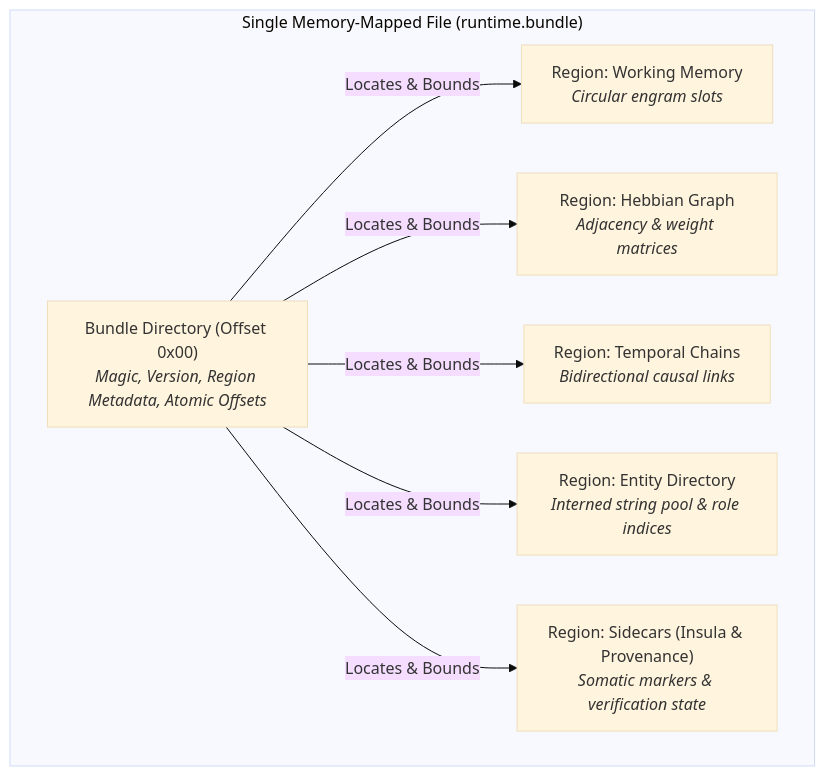
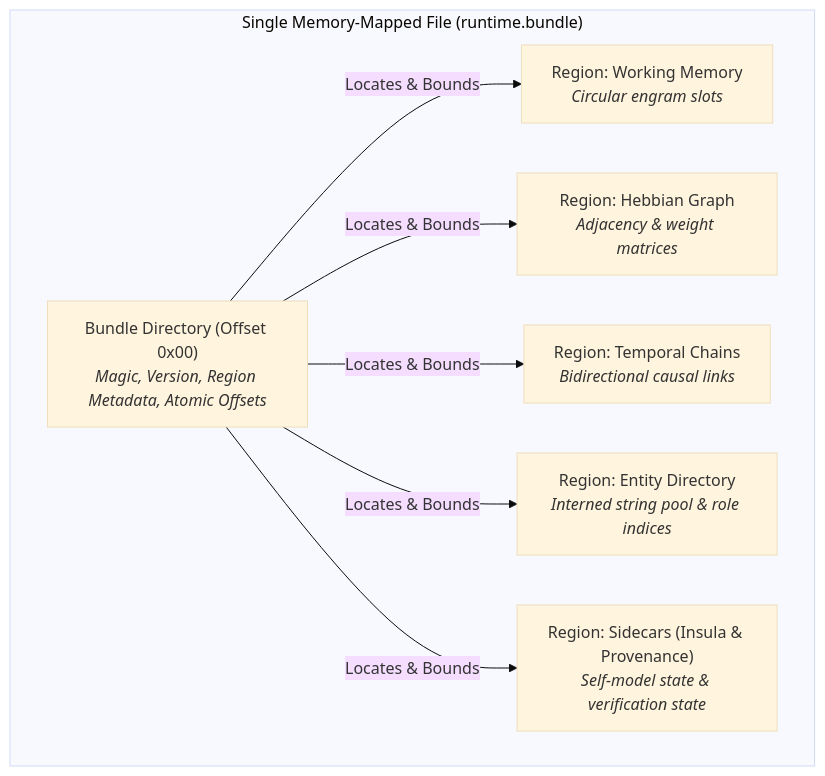
One commit to spectrayan/spector changed the first of 3 diagrams in docs/kernel/bundles.md. Above: the diagram before and after it, drawn with Mermaid (base theme). The commit also changed other lines of this file and 43 other files, not shown here.

````diff
--- a/docs/kernel/bundles.md
+++ b/docs/kernel/bundles.md
@@ -18,17 +18,17 @@
 ```mermaid
 graph TD
     subgraph "Single Memory-Mapped File (runtime.bundle)"
         DIR["Bundle Directory (Offset 0x00)<br/><i>Magic, Version, Region Metadata, Atomic Offsets</i>"]
         R1["Region: Working Memory<br/><i>Circular engram slots</i>"]
         R2["Region: Hebbian Graph<br/><i>Adjacency & weight matrices</i>"]
         R3["Region: Temporal Chains<br/><i>Bidirectional causal links</i>"]
         R4["Region: Entity Directory<br/><i>Interned string pool & role indices</i>"]
-        R5["Region: Sidecars (Insula & Provenance)<br/><i>Somatic markers & verification state</i>"]
+        R5["Region: Sidecars (Insula &amp; Provenance)<br/><i>Self-model state &amp; verification state</i>"]
     end
 
     DIR -->|Locates & Bounds| R1
     DIR -->|Locates & Bounds| R2
     DIR -->|Locates & Bounds| R3
     DIR -->|Locates & Bounds| R4
     DIR -->|Locates & Bounds| R5
 ```
````
